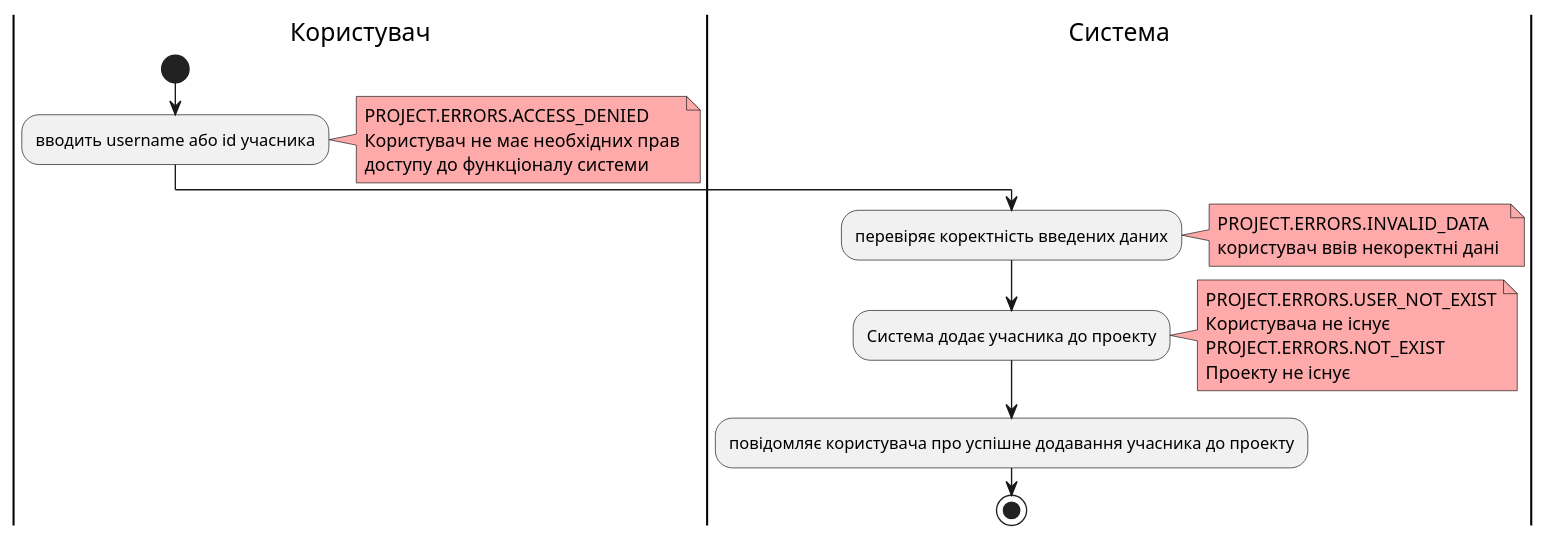
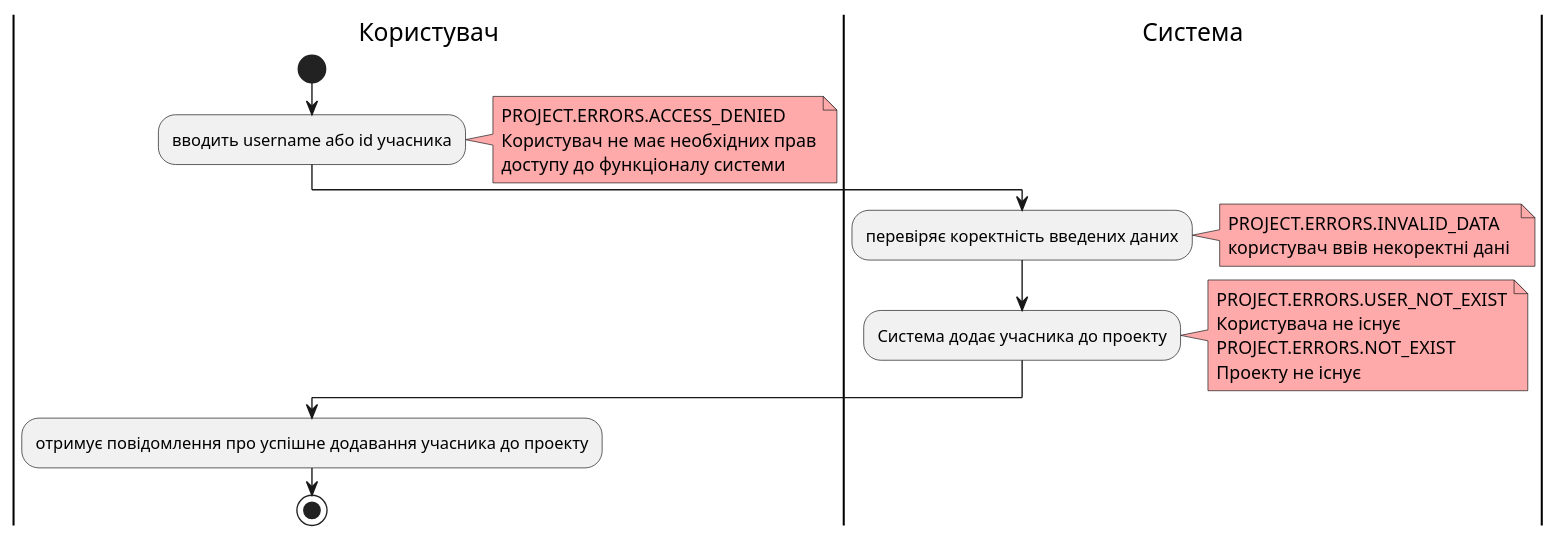
One commit to yarikkot04/Sup changed the ninth of 23 diagrams in docs/use cases/README.md. Above: the diagram before and after it, drawn with PlantUML. The commit also changed other lines of this file and 1 other file, not shown here.

```diff
--- a/docs/use cases/README.md
+++ b/docs/use cases/README.md
@@ -369,27 +372,28 @@
 @startuml
 
     |Користувач|
      start
       :вводить username або id учасника;
        note right #ffaaaa
        PROJECT.ERRORS.ACCESS_DENIED
        Користувач не має необхідних прав
        доступу до функціоналу системи 
        end note
     |Система|
       :перевіряє коректність введених даних;
        note right #ffaaaa
        PROJECT.ERRORS.INVALID_DATA 
        користувач ввів некоректні дані 
        end note
       :Система додає учасника до проекту;
        note right #ffaaaa
        PROJECT.ERRORS.USER_NOT_EXIST
        Користувача не існує
        PROJECT.ERRORS.NOT_EXIST
        Проекту не існує
        end note
-      :повідомляє користувача про успішне додавання учасника до проекту;
-    stop
+    |Користувач|
+      :отримує повідомлення про успішне додавання учасника до проекту;
+    stop;
 
 @enduml
```
